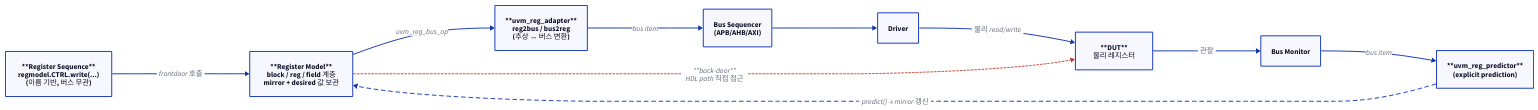
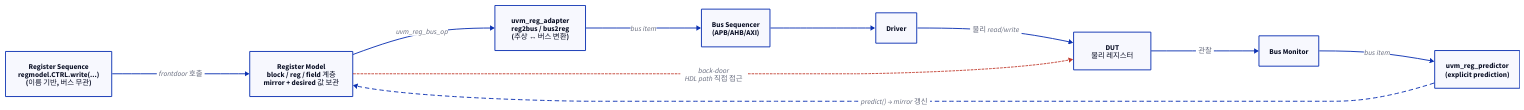
The first of 5 diagrams in starlight_site/src/content/docs/uvm/07_register_layer_ral.md (humbleowl39/DV_SKOOL), drawn with D2 before and after one commit. The commit also changed other lines of this file and 714 other files, not shown here.

First line of the commit message:
fix(site): d2 다이어그램 가독성 결함 6종 일괄 수정

````diff
--- a/starlight_site/src/content/docs/uvm/07_register_layer_ral.md
+++ b/starlight_site/src/content/docs/uvm/07_register_layer_ral.md
@@ -83,22 +83,22 @@
 ```d2
 direction: right
 
-SEQ: "**Register Sequence**\nregmodel.CTRL.write(...)\n(이름 기반, 버스 무관)"
-MODEL: "**Register Model**\nblock / reg / field 계층\nmirror + desired 값 보관"
-ADAPTER: "**uvm_reg_adapter**\nreg2bus / bus2reg\n(추상 ↔ 버스 변환)"
+SEQ: "Register Sequence\nregmodel.CTRL.write(...)\n(이름 기반, 버스 무관)"
+MODEL: "Register Model\nblock / reg / field 계층\nmirror + desired 값 보관"
+ADAPTER: "uvm_reg_adapter\nreg2bus / bus2reg\n(추상 ↔ 버스 변환)"
 SEQR: "Bus Sequencer\n(APB/AHB/AXI)"
 DRV: "Driver"
-DUT: "**DUT**\n물리 레지스터"
-PRED: "**uvm_reg_predictor**\n(explicit prediction)"
+DUT: "DUT\n물리 레지스터"
+PRED: "uvm_reg_predictor\n(explicit prediction)"
 MON: "Bus Monitor"
 
 SEQ -> MODEL: "frontdoor 호출"
 MODEL -> ADAPTER: "uvm_reg_bus_op"
 ADAPTER -> SEQR: "bus item"
 SEQR -> DRV
 DRV -> DUT: "물리 read/write"
 DUT -> MON: "관찰"
 MON -> PRED: "bus item"
 PRED -> MODEL: "predict() → mirror 갱신" { style.stroke-dash: 4 }
-MODEL -> DUT: "**back-door**\nHDL path 직접 접근" { style.stroke-dash: 2; style.stroke: "#c0392b" }
+MODEL -> DUT: "back-door\nHDL path 직접 접근" { style.stroke-dash: 2; style.stroke: "#c0392b" }
 ```
````
